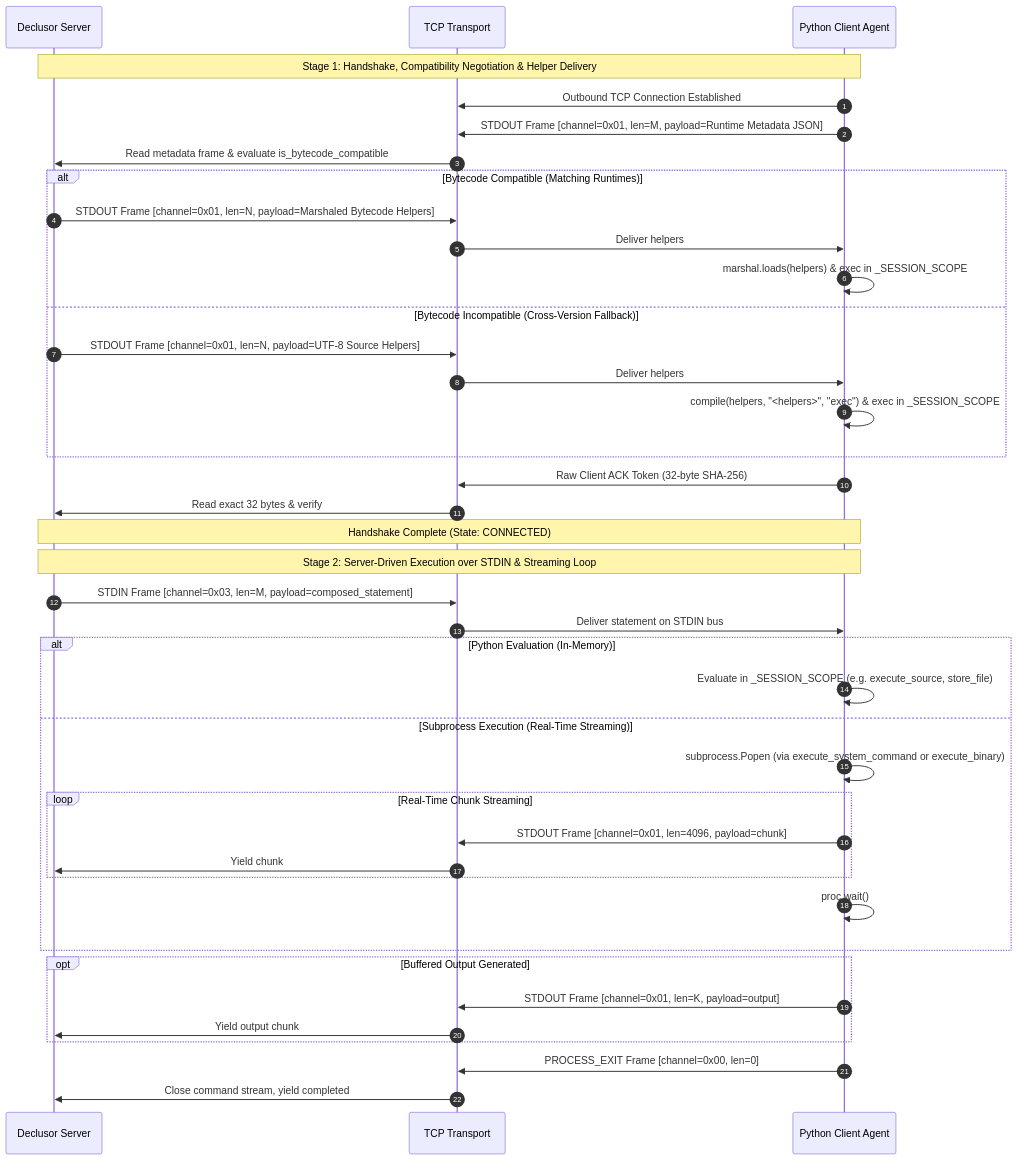
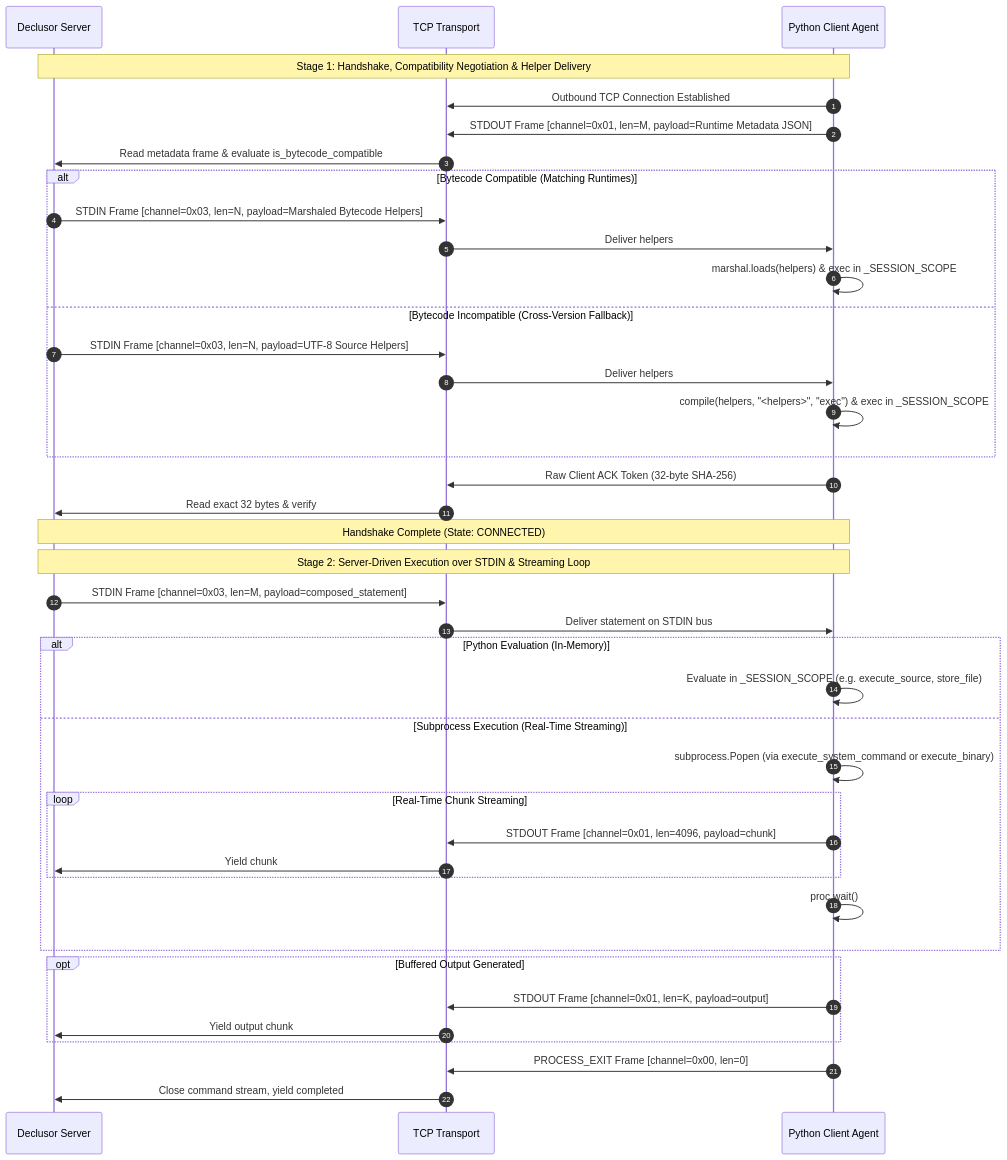
The first of 2 diagrams in plugins/py_socket/PROTOCOL.md (othon-hugo/declusor), drawn with Mermaid before and after one commit. The commit also changed other lines of this file and 54 other files, not shown here.

````diff
--- a/plugins/py_socket/PROTOCOL.md
+++ b/plugins/py_socket/PROTOCOL.md
@@ -68,44 +70,44 @@
 ```mermaid
 sequenceDiagram
     autonumber
     participant Server as Declusor Server
     participant Transport as TCP Transport
     participant Client as Python Client Agent
 
     Note over Server,Client: Stage 1: Handshake, Compatibility Negotiation & Helper Delivery
     Client->>Transport: Outbound TCP Connection Established
     Client->>Transport: STDOUT Frame [channel=0x01, len=M, payload=Runtime Metadata JSON]
     Transport->>Server: Read metadata frame & evaluate is_bytecode_compatible
     alt Bytecode Compatible (Matching Runtimes)
-        Server->>Transport: STDOUT Frame [channel=0x01, len=N, payload=Marshaled Bytecode Helpers]
+        Server->>Transport: STDIN Frame [channel=0x03, len=N, payload=Marshaled Bytecode Helpers]
         Transport->>Client: Deliver helpers
         Client->>Client: marshal.loads(helpers) & exec in _SESSION_SCOPE
     else Bytecode Incompatible (Cross-Version Fallback)
-        Server->>Transport: STDOUT Frame [channel=0x01, len=N, payload=UTF-8 Source Helpers]
+        Server->>Transport: STDIN Frame [channel=0x03, len=N, payload=UTF-8 Source Helpers]
         Transport->>Client: Deliver helpers
         Client->>Client: compile(helpers, "<helpers>", "exec") & exec in _SESSION_SCOPE
     end
     Client->>Transport: Raw Client ACK Token (32-byte SHA-256)
     Transport->>Server: Read exact 32 bytes & verify
     Note over Server,Client: Handshake Complete (State: CONNECTED)
 
     Note over Server,Client: Stage 2: Server-Driven Execution over STDIN & Streaming Loop
     Server->>Transport: STDIN Frame [channel=0x03, len=M, payload=composed_statement]
     Transport->>Client: Deliver statement on STDIN bus
     alt Python Evaluation (In-Memory)
         Client->>Client: Evaluate in _SESSION_SCOPE (e.g. execute_source, store_file)
     else Subprocess Execution (Real-Time Streaming)
         Client->>Client: subprocess.Popen (via execute_system_command or execute_binary)
         loop Real-Time Chunk Streaming
             Client->>Transport: STDOUT Frame [channel=0x01, len=4096, payload=chunk]
             Transport->>Server: Yield chunk
         end
         Client->>Client: proc.wait()
     end
     opt Buffered Output Generated
         Client->>Transport: STDOUT Frame [channel=0x01, len=K, payload=output]
         Transport->>Server: Yield output chunk
     end
     Client->>Transport: PROCESS_EXIT Frame [channel=0x00, len=0]
     Transport->>Server: Close command stream, yield completed
 ```
````
